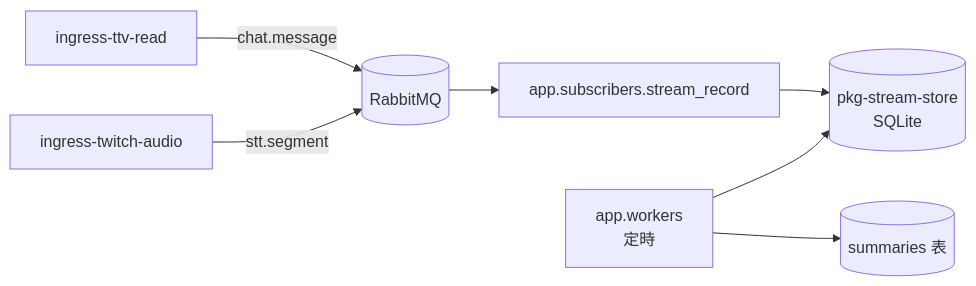
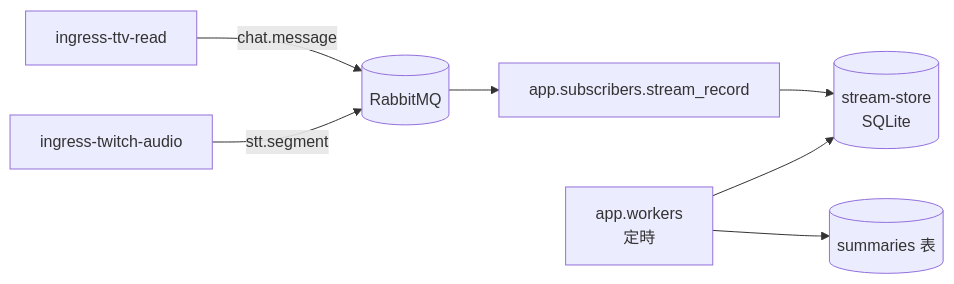
One commit to skymiku39/streamer_toolbox changed the diagram in docs/architecture/stream-memory-pipeline.md. Above: the diagram before and after it, drawn with Mermaid. The commit also changed other lines of this file and 7 other files, not shown here.

````diff
--- a/docs/architecture/stream-memory-pipeline.md
+++ b/docs/architecture/stream-memory-pipeline.md
@@ -19,9 +19,9 @@
 ```mermaid
 flowchart LR
     IRC["ingress-ttv-read"] -->|chat.message| MQ[("RabbitMQ")]
     Audio["ingress-twitch-audio"] -->|stt.segment| MQ
     MQ --> Rec["app.subscribers.stream_record"]
-    Rec --> DB[("pkg-stream-store<br/>SQLite")]
+    Rec --> DB[("stream-store<br/>SQLite")]
     Worker["app.workers<br/>定時"] --> DB
     Worker --> Sum[("summaries 表")]
 ```
````
